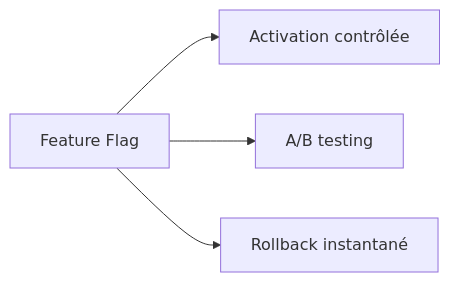
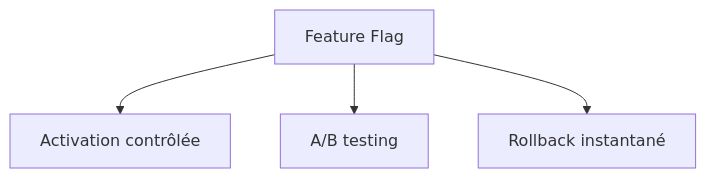
Diagram 12 of 30 in docs/glossaire/devsecops.md (zyrass/omnydocs), drawn with Mermaid before and after one commit. The commit also changed other lines of this file and 1780 other files, not shown here.

````diff
--- a/docs/glossaire/devsecops.md
+++ b/docs/glossaire/devsecops.md
@@ -250,6 +300,6 @@
-    ```mermaid
-    graph LR
-        A[Feature Flag] --> B[Activation contrôlée]
-        A --> C[A/B testing]
-        A --> D[Rollback instantané]
-    ```
+```mermaid
+graph TB
+    A[Feature Flag] --> B[Activation contrôlée]
+    A --> C[A/B testing]
+    A --> D[Rollback instantané]
+```
````
